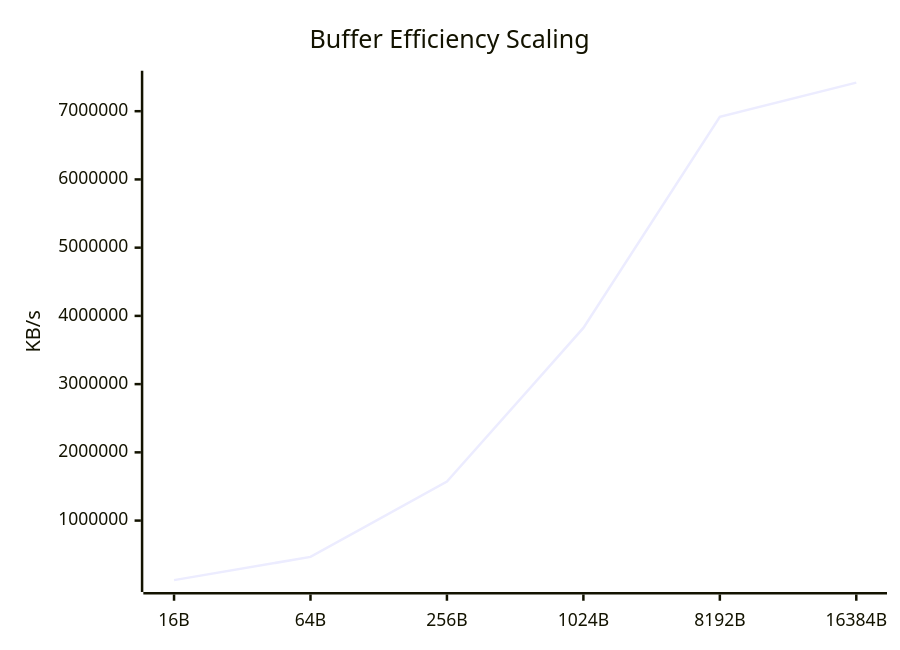
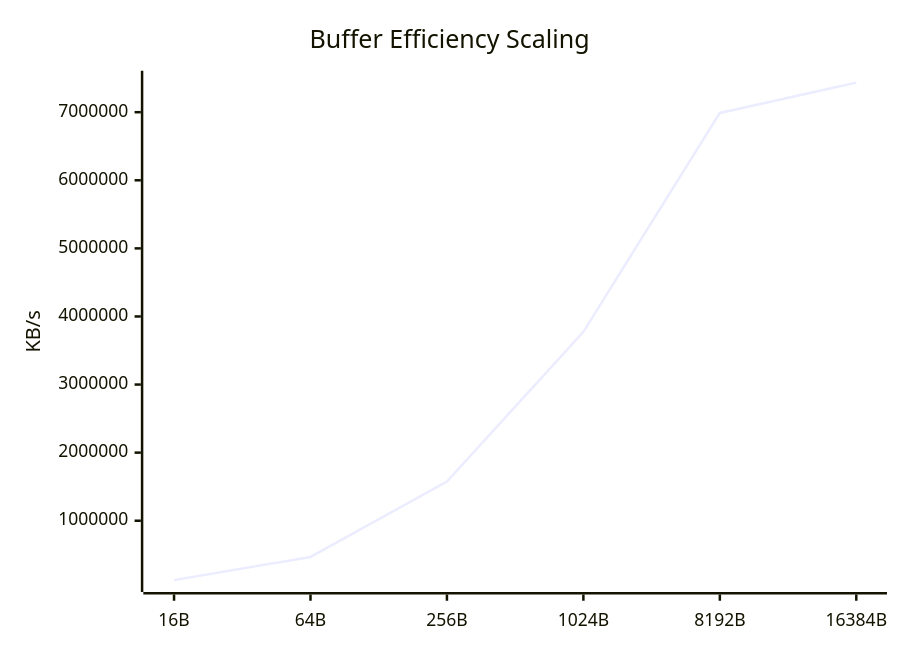
The fifth of 9 diagrams in docs/Comparison_Report.md (taha2samy/openssl_fips), drawn with Mermaid before and after one commit. The commit also changed other lines of this file and 3 other files, not shown here.

````diff
--- a/docs/Comparison_Report.md
+++ b/docs/Comparison_Report.md
@@ -94,7 +94,7 @@
 ```mermaid
 xychart-beta
     title "Buffer Efficiency Scaling"
     x-axis [16B, 64B, 256B, 1024B, 8192B, 16384B]
     y-axis "KB/s"
-    line [127430.99, 467734.14, 1571654.66, 3823218.69, 6917283.84, 7418716.16]
+    line [127616.68, 467732.32, 1576132.61, 3774143.49, 6989324.29, 7434362.88]
 ```
````
